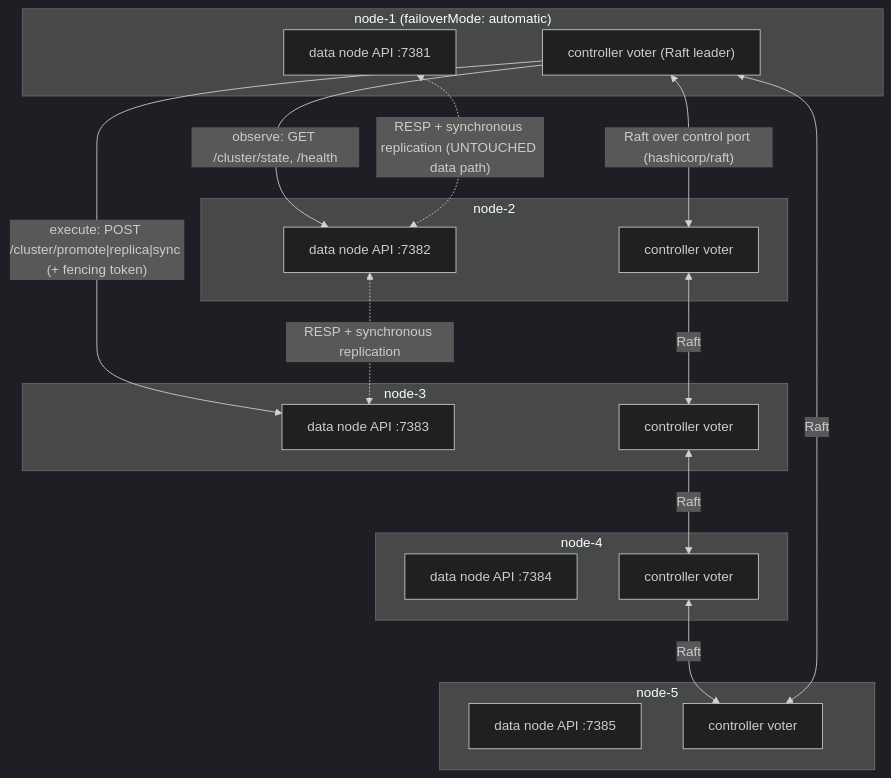
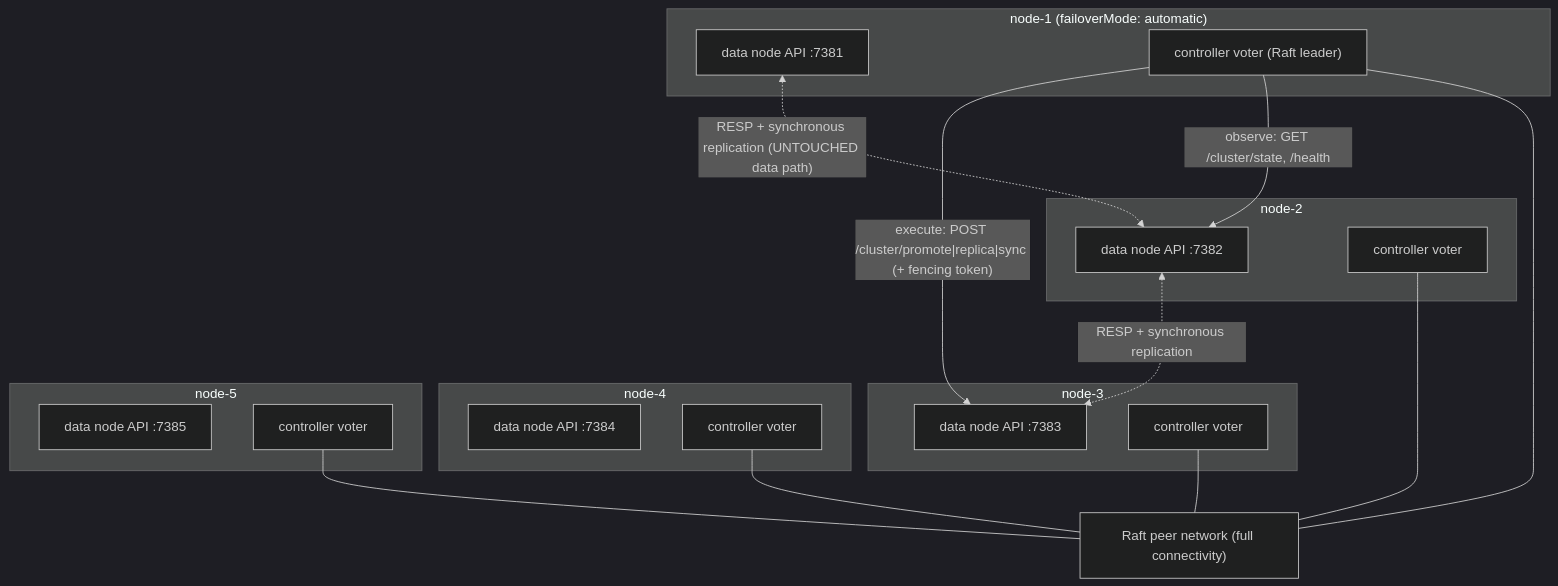
One commit to Tommy10K/MnemoKV changed the diagram in planning/Automatic_Cluster_Recovery_Plan.md. Above: the diagram before and after it, drawn with Mermaid (dark theme). The commit also changed other lines of this file and 11 other files, not shown here.

````diff
--- a/planning/Automatic_Cluster_Recovery_Plan.md
+++ b/planning/Automatic_Cluster_Recovery_Plan.md
@@ -229,35 +229,36 @@
 ```mermaid
 flowchart TB
     subgraph N1["node-1 (failoverMode: automatic)"]
         D1["data node API :7381"]
         K1["controller voter (Raft leader)"]
     end
     subgraph N2["node-2"]
         D2["data node API :7382"]
         K2["controller voter"]
     end
     subgraph N3["node-3"]
         D3["data node API :7383"]
         K3["controller voter"]
     end
     subgraph N4["node-4"]
         D4["data node API :7384"]
         K4["controller voter"]
     end
     subgraph N5["node-5"]
         D5["data node API :7385"]
         K5["controller voter"]
     end
 
-    K1 <-- "Raft over control port (hashicorp/raft)" --> K2
-    K2 <-- "Raft" --> K3
-    K3 <-- "Raft" --> K4
-    K4 <-- "Raft" --> K5
-    K5 <-- "Raft" --> K1
+    R["Raft peer network (full connectivity)"]
+    K1 --- R
+    K2 --- R
+    K3 --- R
+    K4 --- R
+    K5 --- R
 
     K1 -- "observe: GET /cluster/state, /health" --> D2
     K1 -- "execute: POST /cluster/promote|replica|sync (+ fencing token)" --> D3
 
     D1 <-. "RESP + synchronous replication (UNTOUCHED data path)" .-> D2
     D2 <-. "RESP + synchronous replication" .-> D3
 ```
````
